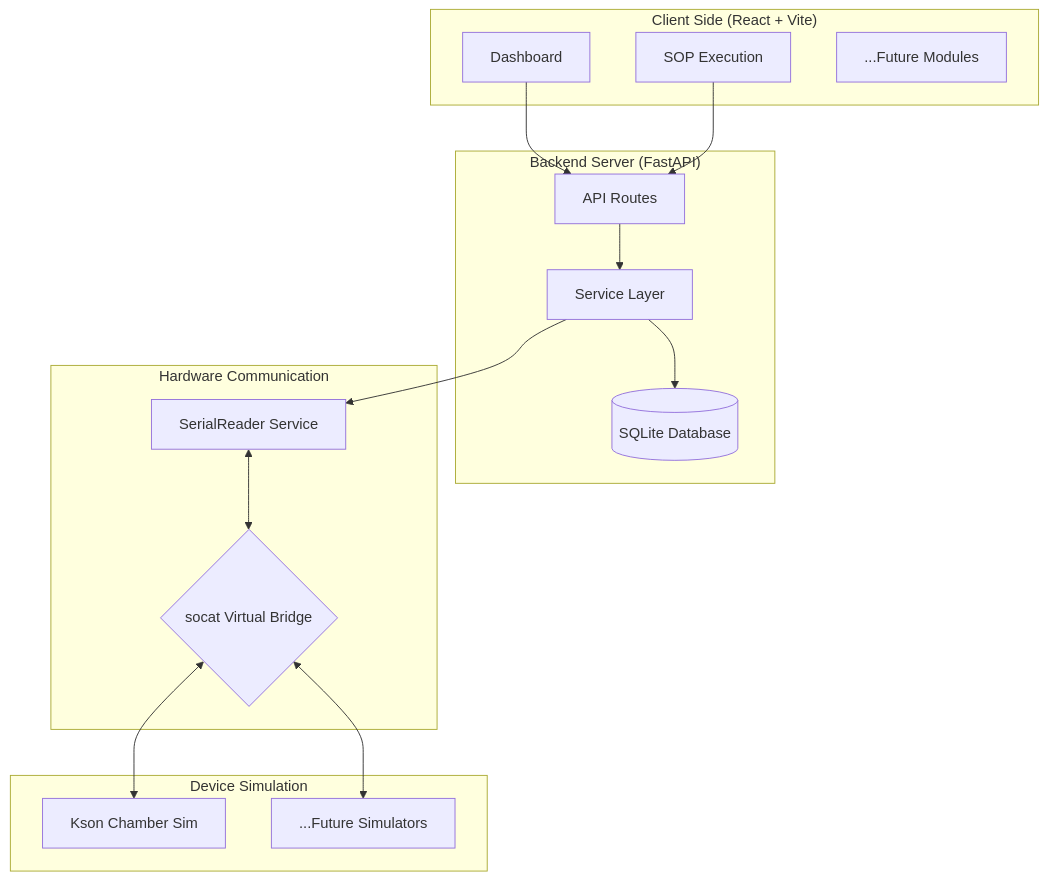
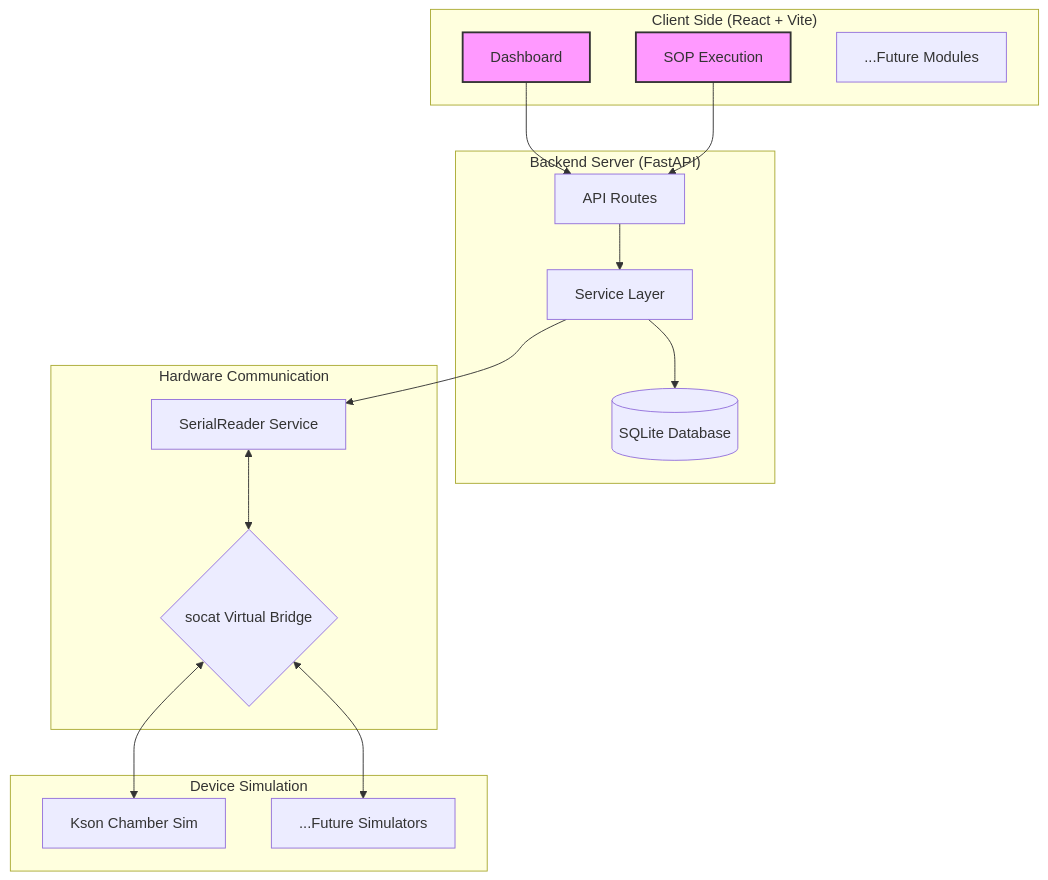
Before and after one commit to tsaishengsheng-sketch/dqa-lab-digital-twin: the diagram in README.md, drawn with Mermaid.

Commit message:
docs: 完善 README，加入 Mermaid 架構圖與啟動說明

````diff
--- a/README.md
+++ b/README.md
@@ -15,32 +15,33 @@
 ```mermaid
 graph TD
     subgraph "Client Side (React + Vite)"
         A[Dashboard]
         B[SOP Execution]
         C[...Future Modules]
     end
-
+    style A fill:#f9f,stroke:#333,stroke-width:2px
+    style B fill:#f9f,stroke:#333,stroke-width:2px  
     subgraph "Backend Server (FastAPI)"
         D[API Routes]
         E[Service Layer]
         F[(SQLite Database)]
         D --> E
         E --> F
     end
 
     subgraph "Hardware Communication"
         G[SerialReader Service]
         H{socat Virtual Bridge}
     end
 
     subgraph "Device Simulation"
         I[Kson Chamber Sim]
         J[...Future Simulators]
     end
 
     %% 連線關係
     A & B --> D
     E --> G
     G <--> H
     H <--> I & J
 ```
````
